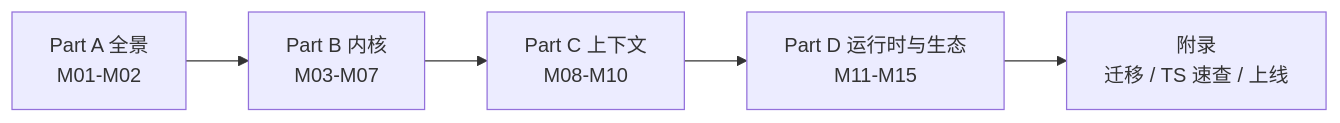
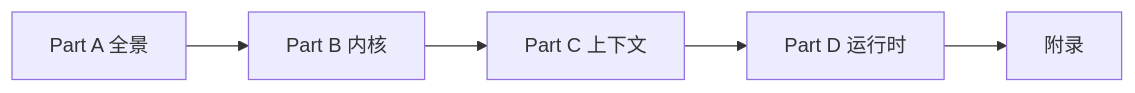
One commit to Daniel-csvw/pi-agent-book changed the diagram in README.md. Above: the diagram before and after it, drawn with Mermaid. The commit also changed other lines of this file, not shown here.

Commit message:
更新：2026/11/4 09:34:47 重新构建（18 章）

````diff
--- a/README.md
+++ b/README.md
@@ -126,7 +126,4 @@
 ```mermaid
 flowchart LR
-    A["Part A 全景<br/>M01-M02"] --> B["Part B 内核<br/>M03-M07"]
-    B --> C["Part C 上下文<br/>M08-M10"]
-    C --> D["Part D 运行时与生态<br/>M11-M15"]
-    D --> E["附录<br/>迁移 / TS 速查 / 上线"]
+    A["Part A 全景"] --> B["Part B 内核"] --> C["Part C 上下文"] --> D["Part D 运行时"] --> E["附录"]
 ```
````
